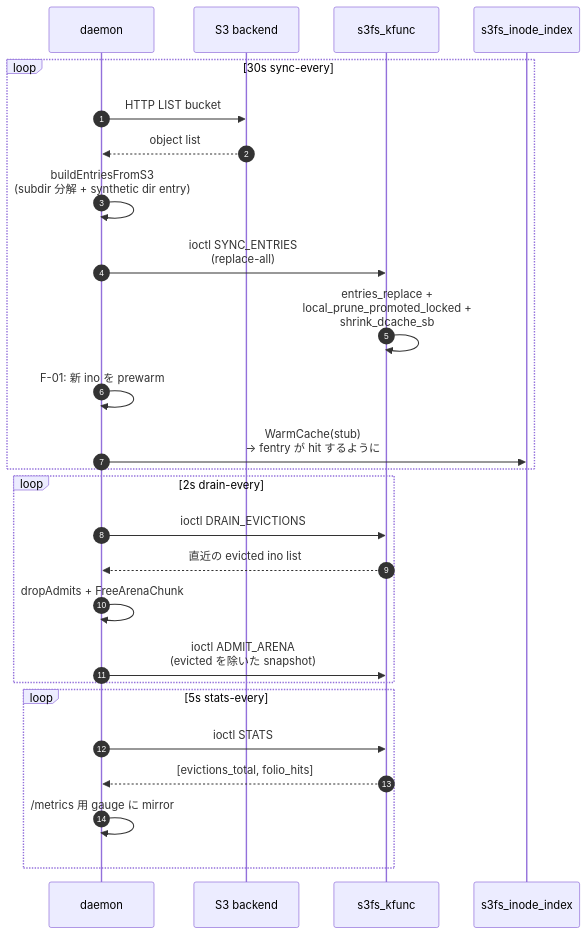
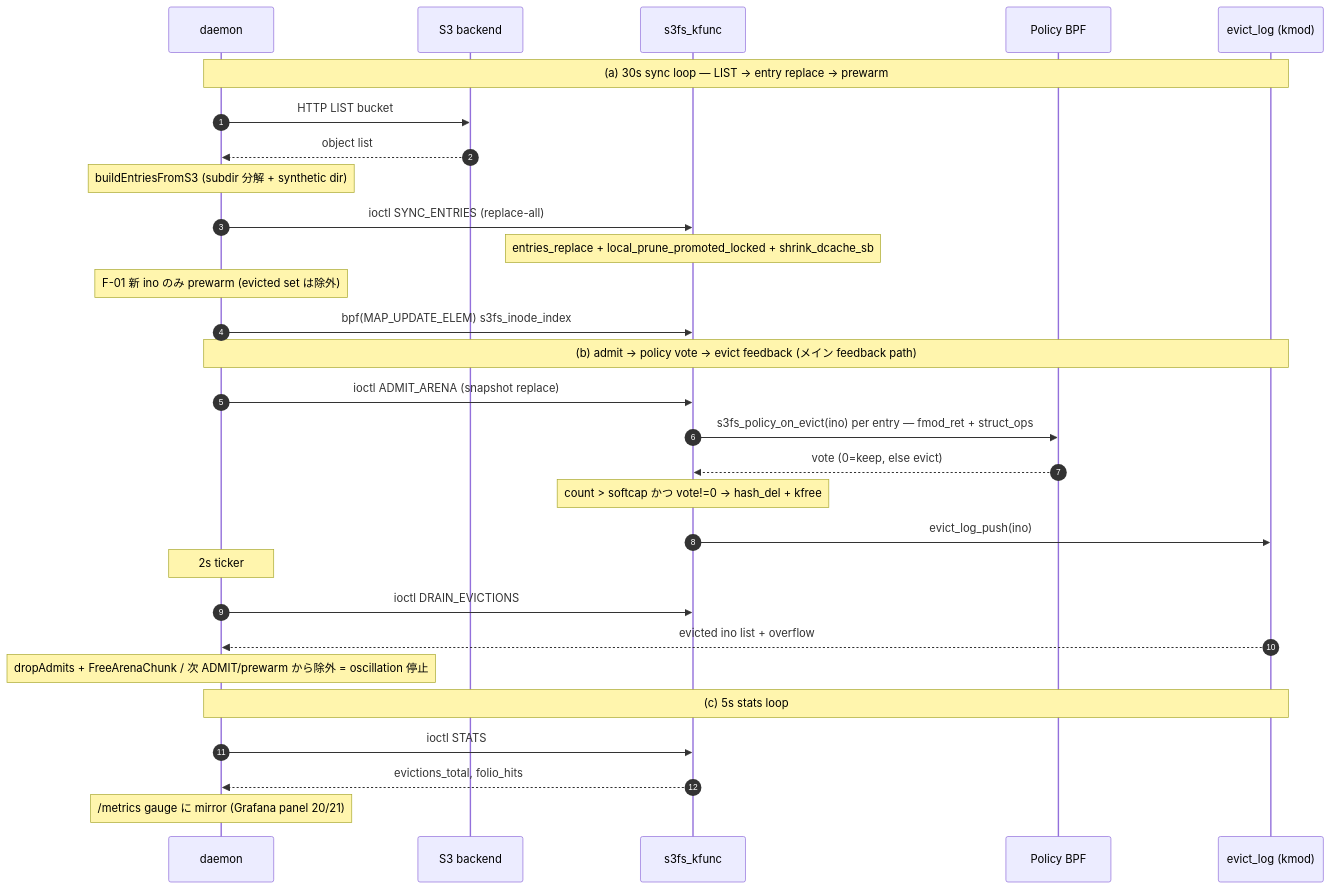
One commit to masu-mi/s3fs-ebpf changed the fifth of 5 diagrams in docs/component-communication.md. Above: the diagram before and after it, drawn with Mermaid. The commit also changed other lines of this file, not shown here.

Commit message:
docs: update component-communication

````diff
--- a/docs/component-communication.md
+++ b/docs/component-communication.md
@@ -308,31 +328,34 @@
 ```mermaid
 sequenceDiagram
     autonumber
     participant Daemon as daemon
     participant S3 as S3 backend
     participant Kmod as s3fs_kfunc
-    participant IdxMap as s3fs_inode_index
+    participant Pol as Policy BPF
+    participant Log as evict_log (kmod)
 
-    loop 30s sync-every
-      Daemon->>S3: HTTP LIST bucket
-      S3-->>Daemon: object list
-      Daemon->>Daemon: buildEntriesFromS3<br/>(subdir 分解 + synthetic dir entry)
-      Daemon->>Kmod: ioctl SYNC_ENTRIES<br/>(replace-all)
-      Kmod->>Kmod: entries_replace +<br/>local_prune_promoted_locked +<br/>shrink_dcache_sb
-      Daemon->>Daemon: F-01: 新 ino を prewarm
-      Daemon->>IdxMap: WarmCache(stub)<br/>→ fentry が hit するように
-    end
+    Note over Daemon,Log: (a) 30s sync loop — LIST → entry replace → prewarm
+    Daemon->>S3: HTTP LIST bucket
+    S3-->>Daemon: object list
+    Note over Daemon: buildEntriesFromS3 (subdir 分解 + synthetic dir)
+    Daemon->>Kmod: ioctl SYNC_ENTRIES (replace-all)
+    Note over Kmod: entries_replace + local_prune_promoted_locked + shrink_dcache_sb
+    Note over Daemon: F-01 新 ino のみ prewarm (evicted set は除外)
+    Daemon->>Kmod: bpf(MAP_UPDATE_ELEM) s3fs_inode_index
 
-    loop 2s drain-every
-      Daemon->>Kmod: ioctl DRAIN_EVICTIONS
-      Kmod-->>Daemon: 直近の evicted ino list
-      Daemon->>Daemon: dropAdmits + FreeArenaChunk
-      Daemon->>Kmod: ioctl ADMIT_ARENA<br/>(evicted を除いた snapshot)
-    end
+    Note over Daemon,Log: (b) admit → policy vote → evict feedback (メイン feedback path)
+    Daemon->>Kmod: ioctl ADMIT_ARENA (snapshot replace)
+    Kmod->>Pol: s3fs_policy_on_evict(ino) per entry — fmod_ret + struct_ops
+    Pol-->>Kmod: vote (0=keep, else evict)
+    Note over Kmod: count > softcap かつ vote!=0 → hash_del + kfree
+    Kmod->>Log: evict_log_push(ino)
+    Note over Daemon: 2s ticker
+    Daemon->>Kmod: ioctl DRAIN_EVICTIONS
+    Log-->>Daemon: evicted ino list + overflow
+    Note over Daemon: dropAdmits + FreeArenaChunk / 次 ADMIT/prewarm から除外 = oscillation 停止
 
-    loop 5s stats-every
-      Daemon->>Kmod: ioctl STATS
-      Kmod-->>Daemon: [evictions_total, folio_hits]
-      Daemon->>Daemon: /metrics 用 gauge に mirror
-    end
+    Note over Daemon,Log: (c) 5s stats loop
+    Daemon->>Kmod: ioctl STATS
+    Kmod-->>Daemon: evictions_total, folio_hits
+    Note over Daemon: /metrics gauge に mirror (Grafana panel 20/21)
 ```
````
